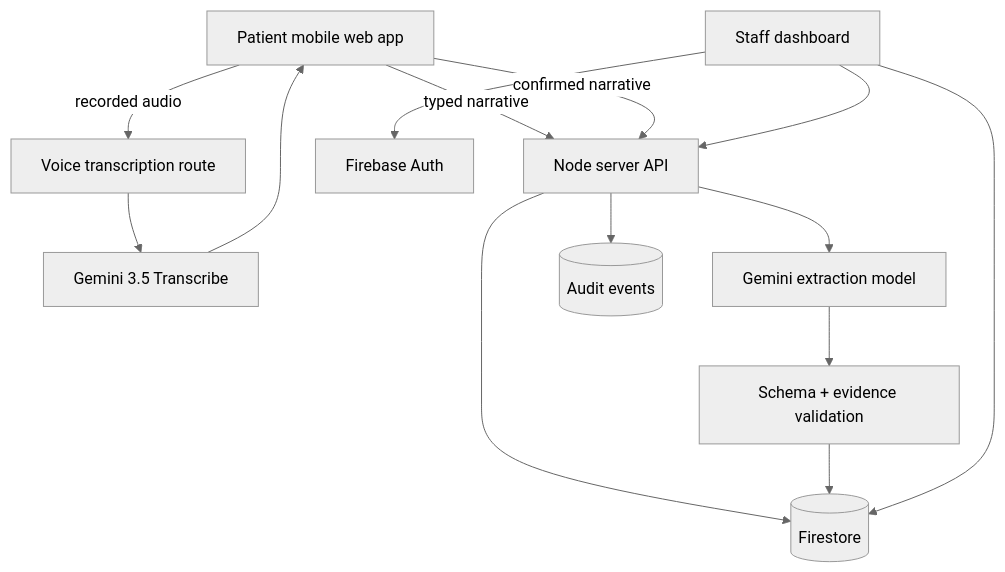
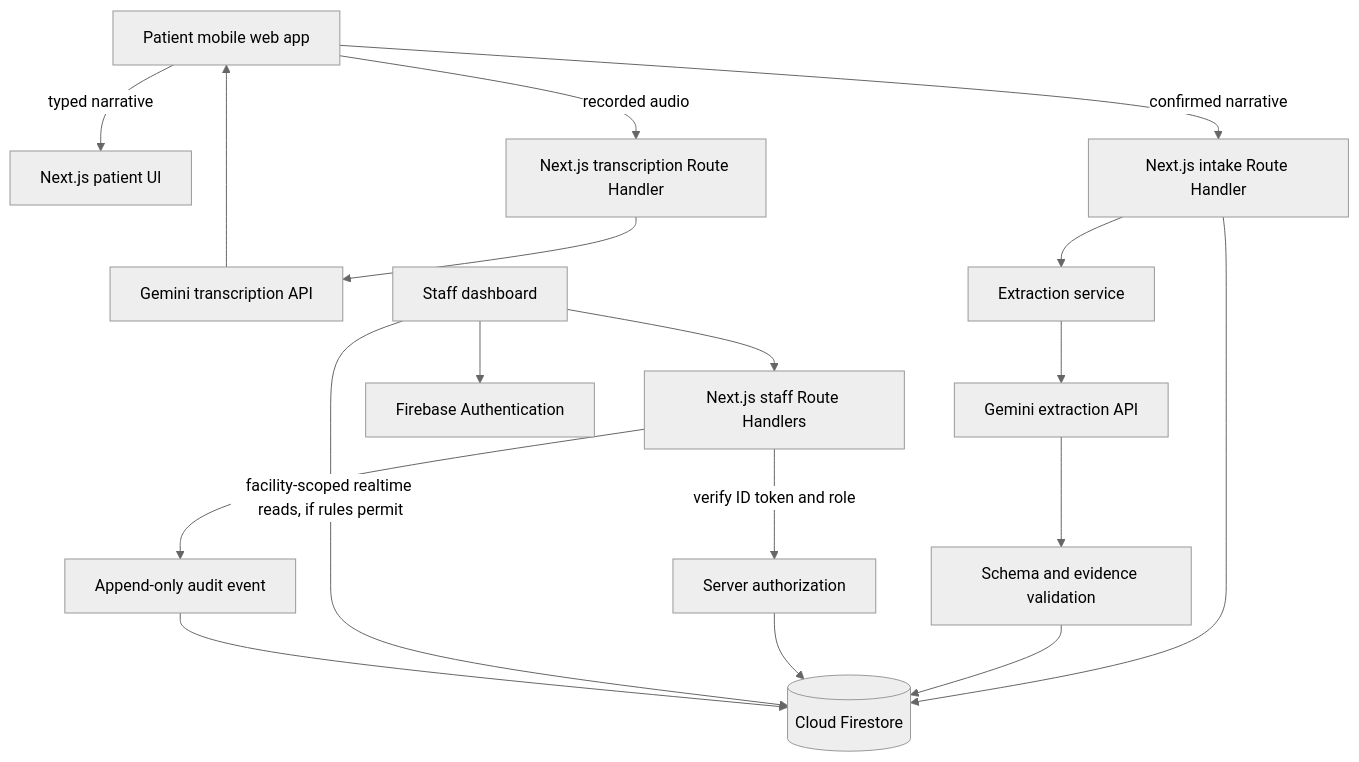
Before and after one commit to thecertifiedcoder/medflow: the diagram in docs/08_TECHNICAL_ARCHITECTURE.md, drawn with Mermaid (neutral theme). The commit also changed other lines of this file, not shown here.

Commit message:
docs: lock MedFlow Next.js application stack

````diff
--- a/docs/08_TECHNICAL_ARCHITECTURE.md
+++ b/docs/08_TECHNICAL_ARCHITECTURE.md
@@ -26,16 +105,20 @@
 ```mermaid
 flowchart TD
-  P[Patient mobile web app] -->|typed narrative| API[Node server API]
-  P -->|recorded audio| VOICE[Voice transcription route]
-  VOICE --> TX[Gemini 3.5 Transcribe]
-  TX --> P
-  P -->|confirmed narrative| API
-  API --> DB[(Firestore)]
-  API --> AI[Gemini extraction model]
-  AI --> VAL[Schema + evidence validation]
-  VAL --> DB
-  S[Staff dashboard] --> AUTH[Firebase Auth]
-  S --> DB
-  S --> API
-  API --> AUD[(Audit events)]
+  P[Patient mobile web app] -->|typed narrative| NR[Next.js patient UI]
+  P -->|recorded audio| TR[Next.js transcription Route Handler]
+  TR --> GA[Gemini transcription API]
+  GA --> P
+  P -->|confirmed narrative| IR[Next.js intake Route Handler]
+  IR --> FS[(Cloud Firestore)]
+  IR --> ER[Extraction service]
+  ER --> GM[Gemini extraction API]
+  GM --> EV[Schema and evidence validation]
+  EV --> FS
+  S[Staff dashboard] --> FA[Firebase Authentication]
+  S --> SR[Next.js staff Route Handlers]
+  SR -->|verify ID token and role| AU[Server authorization]
+  AU --> FS
+  S -->|facility-scoped realtime reads, if rules permit| FS
+  SR --> AE[Append-only audit event]
+  AE --> FS
 ```
````
